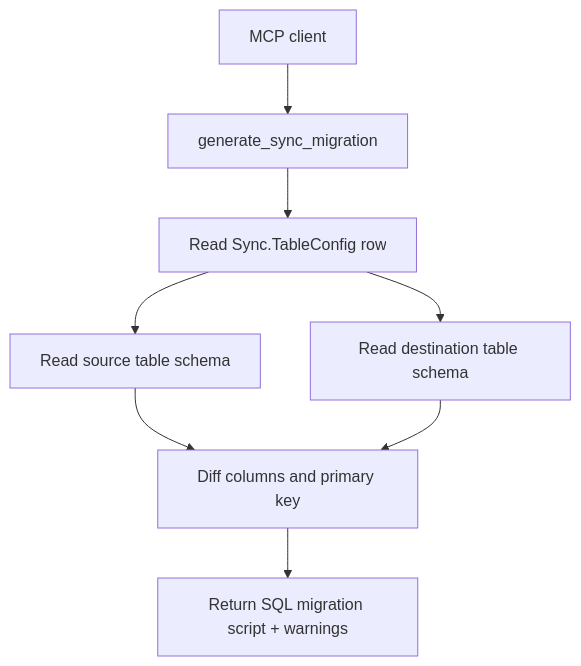
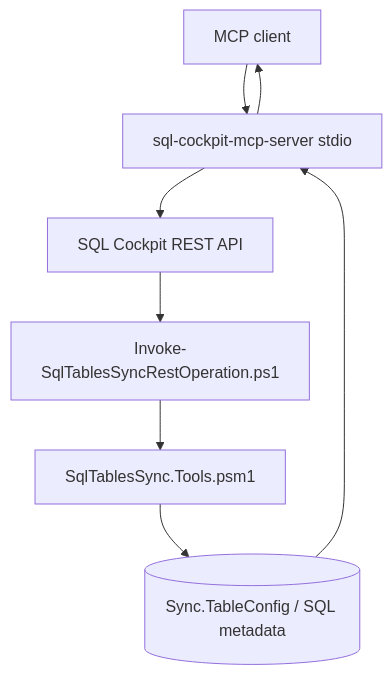
One commit to sql-cockpit/sql-cockpit-docs-source changed the diagram in docs/integrations/mcp-server.md. Above: the diagram before and after it, drawn with Mermaid. The commit also changed other lines of this file and 6 other files, not shown here.

Commit message:
Update MCP server documentation and scripts paths for compatibility with new submodule structure

````diff
--- a/docs/integrations/mcp-server.md
+++ b/docs/integrations/mcp-server.md
@@ -83,10 +97,10 @@
 ```mermaid
 flowchart TD
-    A[MCP client] --> B[generate_sync_migration]
-    B --> C[Read Sync.TableConfig row]
-    C --> D[Read source table schema]
-    C --> E[Read destination table schema]
-    D --> F[Diff columns and primary key]
-    E --> F
-    F --> G[Return SQL migration script + warnings]
+    A[MCP client] --> B[sql-cockpit-mcp-server stdio]
+    B --> C[SQL Cockpit REST API]
+    C --> D[Invoke-SqlTablesSyncRestOperation.ps1]
+    D --> E[SqlTablesSync.Tools.psm1]
+    E --> F[(Sync.TableConfig / SQL metadata)]
+    F --> B
+    B --> A
 ```
````
